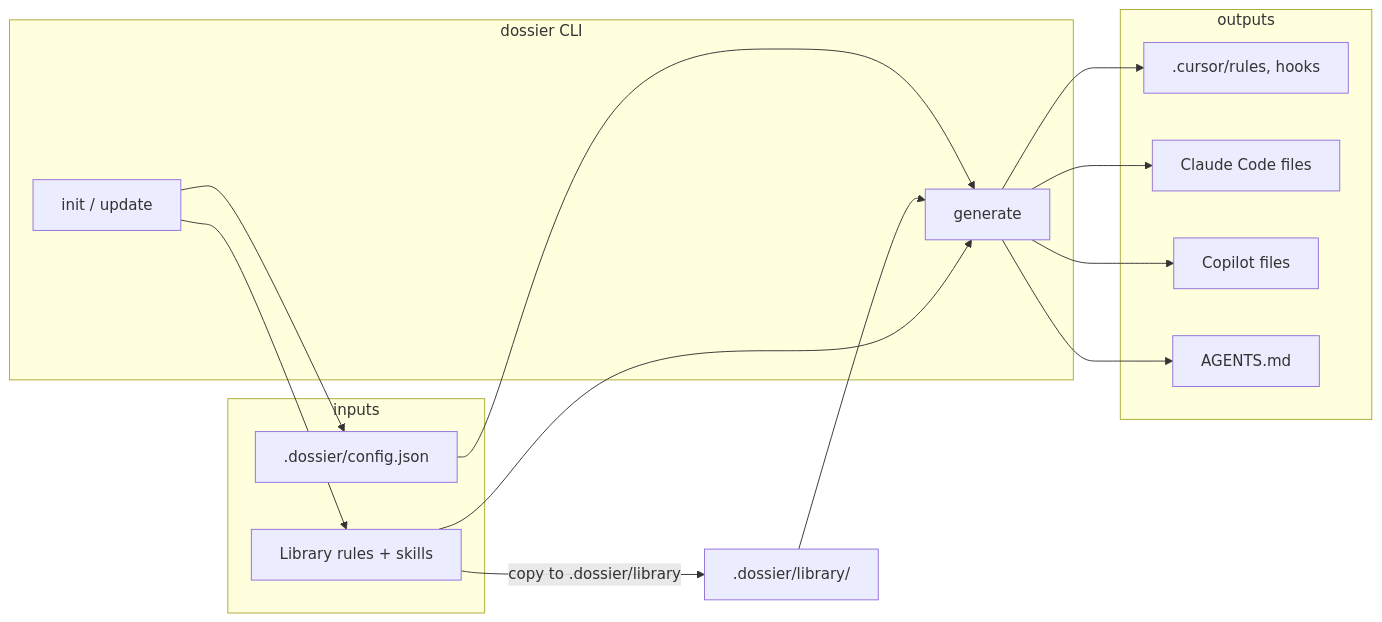
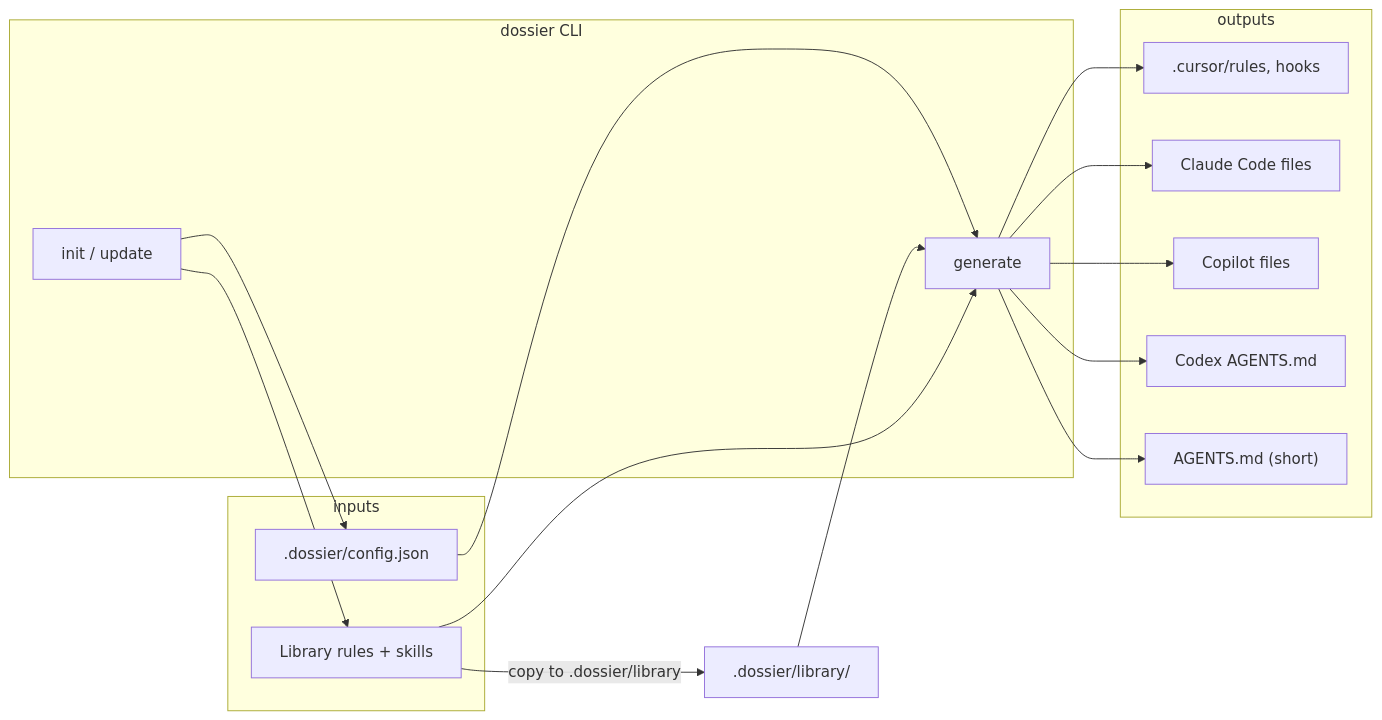
The diagram in docs/Architecture.md (ClewAI/dossier), drawn with Mermaid before and after one commit. The commit also changed other lines of this file and 16 other files, not shown here.

````diff
--- a/docs/Architecture.md
+++ b/docs/Architecture.md
@@ -18,27 +18,29 @@
 ```mermaid
 flowchart LR
   subgraph inputs
     CFG[".dossier/config.json"]
     LIB["Library rules + skills"]
   end
   subgraph cli [dossier CLI]
     INIT["init / update"]
     GEN["generate"]
   end
   subgraph outputs
     CUR[".cursor/rules, hooks"]
     CLA["Claude Code files"]
     COP["Copilot files"]
-    AG["AGENTS.md"]
+    COD["Codex AGENTS.md"]
+    AG["AGENTS.md (short)"]
   end
   INIT --> CFG
   INIT --> LIB
   LIB --> |"copy to .dossier/library"| PROJLIB[".dossier/library/"]
   CFG --> GEN
   PROJLIB --> GEN
   LIB --> GEN
   GEN --> CUR
   GEN --> CLA
   GEN --> COP
+  GEN --> COD
   GEN --> AG
 ```
````
